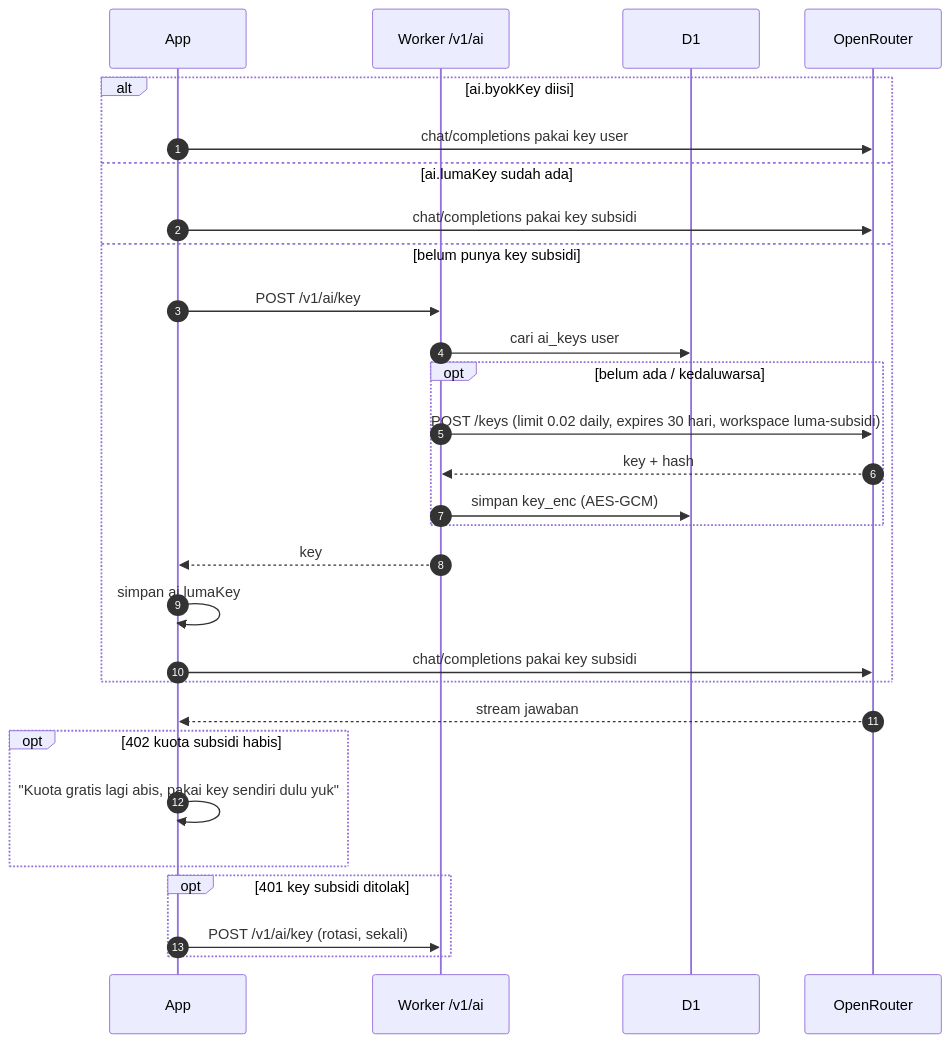
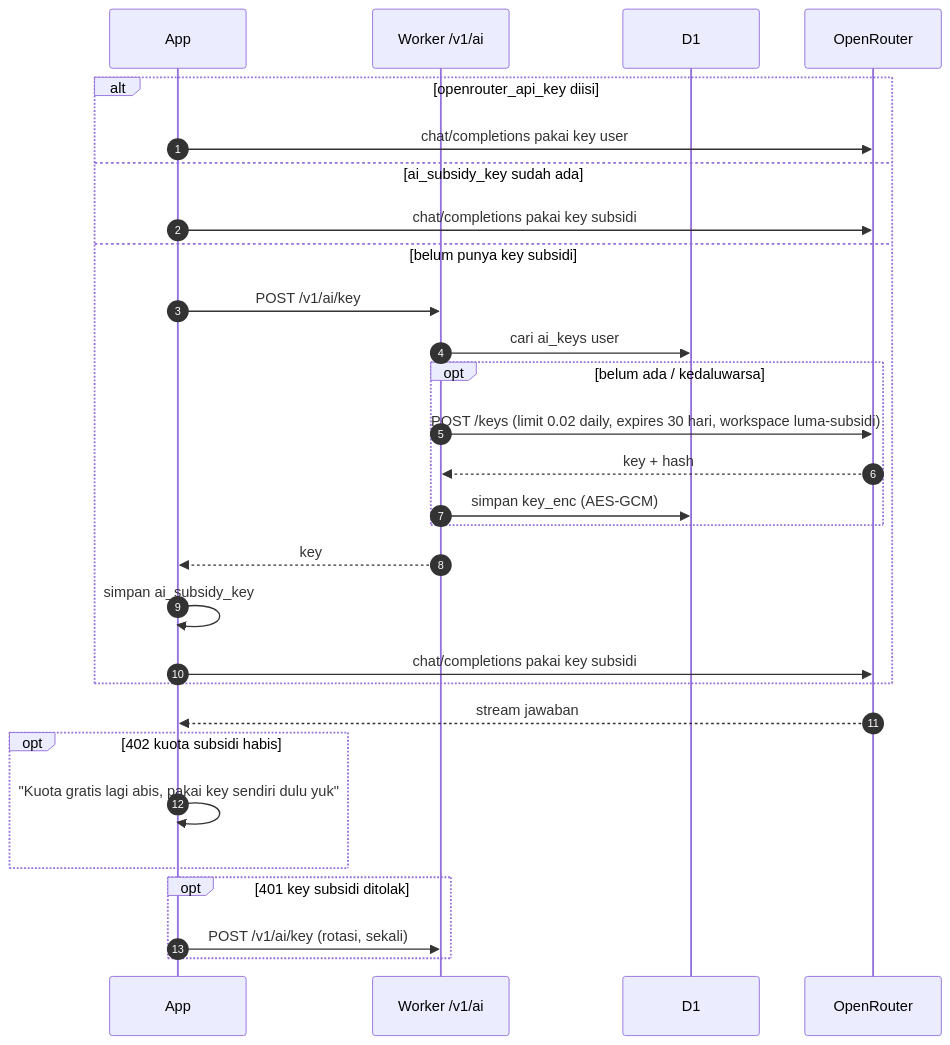
The third of 9 diagrams in docs/backend.md (choiruladamm/luma), drawn with Mermaid before and after one commit. The commit also changed other lines of this file and 8 other files, not shown here.

````diff
--- a/docs/backend.md
+++ b/docs/backend.md
@@ -202,31 +202,31 @@
 ```mermaid
 sequenceDiagram
   autonumber
   participant A as App
   participant W as Worker /v1/ai
   participant D as D1
   participant O as OpenRouter
-  alt ai.byokKey diisi
+  alt openrouter_api_key diisi
     A->>O: chat/completions pakai key user
-  else ai.lumaKey sudah ada
+  else ai_subsidy_key sudah ada
     A->>O: chat/completions pakai key subsidi
   else belum punya key subsidi
     A->>W: POST /v1/ai/key
     W->>D: cari ai_keys user
     opt belum ada / kedaluwarsa
       W->>O: POST /keys (limit 0.02 daily, expires 30 hari, workspace luma-subsidi)
       O-->>W: key + hash
       W->>D: simpan key_enc (AES-GCM)
     end
     W-->>A: key
-    A->>A: simpan ai.lumaKey
+    A->>A: simpan ai_subsidy_key
     A->>O: chat/completions pakai key subsidi
   end
   O-->>A: stream jawaban
   opt 402 kuota subsidi habis
     A->>A: "Kuota gratis lagi abis, pakai key sendiri dulu yuk"
   end
   opt 401 key subsidi ditolak
     A->>W: POST /v1/ai/key (rotasi, sekali)
   end
 ```
````
